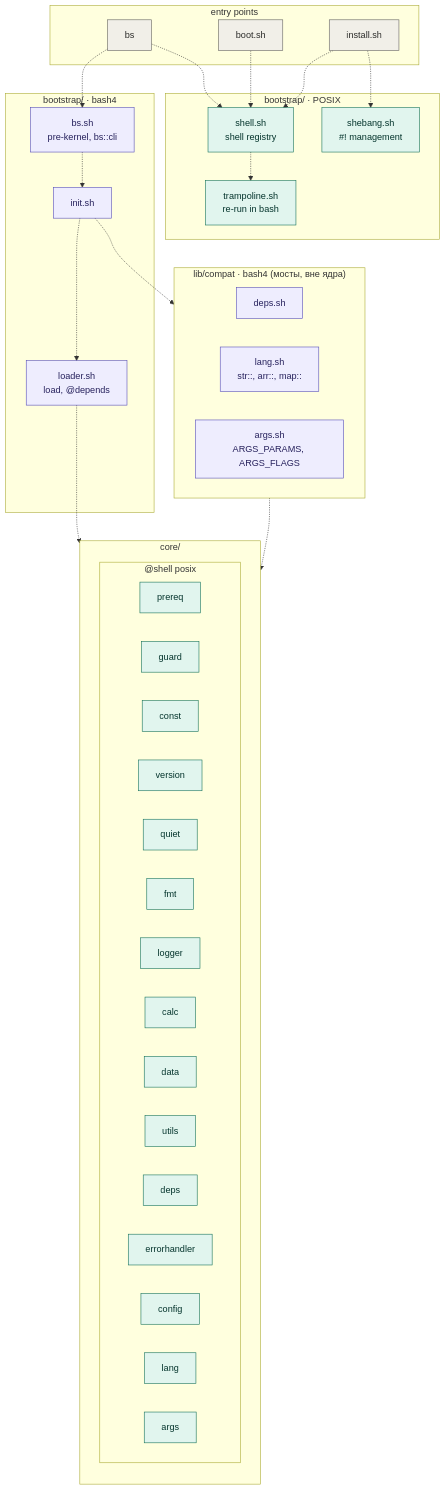
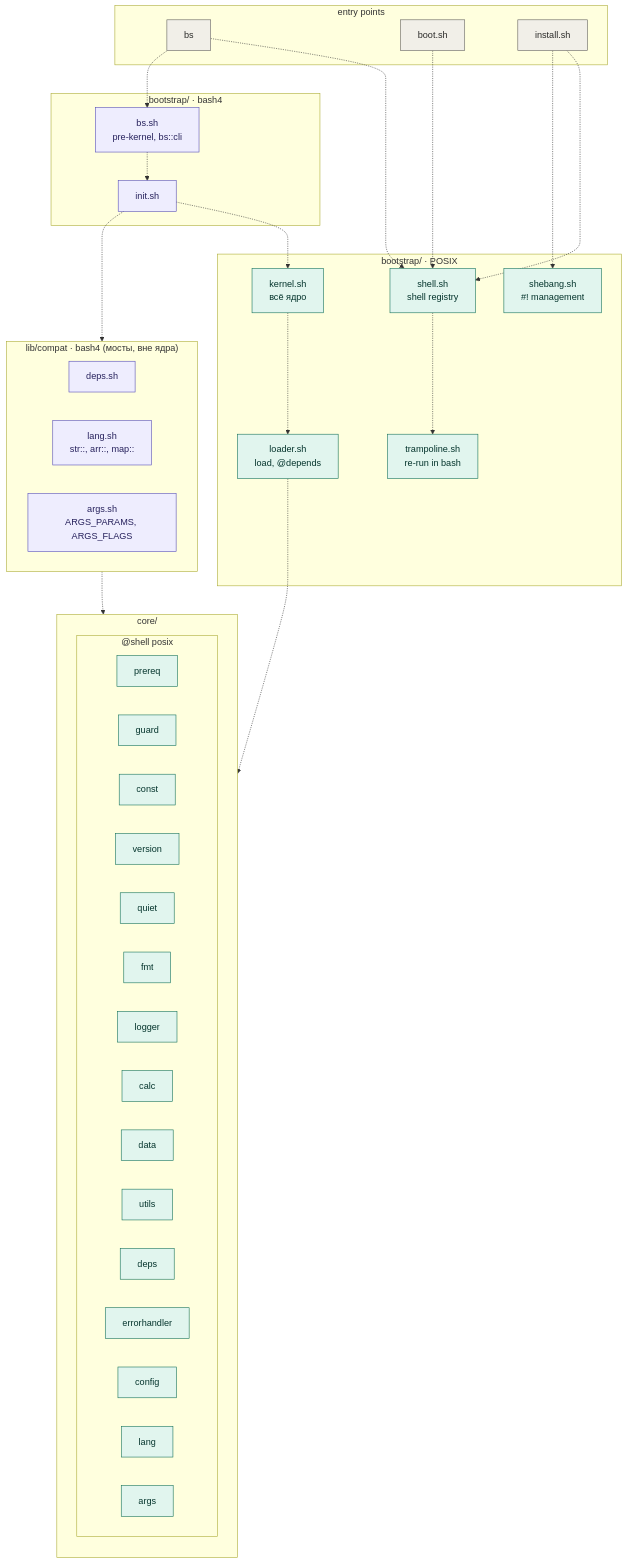
Before and after one commit to Igormm/bs: the first of 7 diagrams in documentation/ru/01-getting-started/README.md, drawn with Mermaid. The commit also changed other lines of this file and 30 other files, not shown here.

Commit message:
refactor(bootstrap): loader — @shell posix (bs_load), новый kernel.sh грузит всё ядро в любой оболочке; init.sh использует kernel.sh

````diff
--- a/documentation/ru/01-getting-started/README.md
+++ b/documentation/ru/01-getting-started/README.md
@@ -160,57 +160,59 @@
 ```mermaid
 flowchart TB
   classDef entry fill:#F1EFE8,stroke:#5F5E5A,color:#2C2C2A
   classDef posix fill:#E1F5EE,stroke:#0F6E56,color:#04342C
   classDef bash4 fill:#EEEDFE,stroke:#534AB7,color:#26215C
   subgraph E["entry points"]
     bs["bs"]:::entry
     boot["boot.sh"]:::entry
     inst["install.sh"]:::entry
   end
   subgraph P["bootstrap/ · POSIX"]
     shell["shell.sh<br/>shell registry"]:::posix
     tramp["trampoline.sh<br/>re-run in bash"]:::posix
     sheb["shebang.sh<br/>#! management"]:::posix
+    loader["loader.sh<br/>load, @depends"]:::posix
+    kern["kernel.sh<br/>всё ядро"]:::posix
   end
   subgraph B["bootstrap/ · bash4"]
     bssh["bs.sh<br/>pre-kernel, bs::cli"]:::bash4
     init["init.sh"]:::bash4
-    loader["loader.sh<br/>load, @depends"]:::bash4
   end
   subgraph C["core/"]
     direction TB
     subgraph CP["@shell posix"]
       prereq:::posix
       guard:::posix
       const:::posix
       version:::posix
       quiet:::posix
       fmt:::posix
       logger:::posix
       calc:::posix
       data:::posix
       utils:::posix
       deps:::posix
       errorhandler:::posix
       config:::posix
       lang:::posix
       args:::posix
     end
   end
   subgraph L["lib/compat · bash4 (мосты, вне ядра)"]
     cdeps["deps.sh"]:::bash4
     clang["lang.sh<br/>str::, arr::, map::"]:::bash4
     cargs["args.sh<br/>ARGS_PARAMS, ARGS_FLAGS"]:::bash4
   end
   bs -.-> shell
   boot -.-> shell
   inst -.-> shell
   shell -.-> tramp
   bs -.-> bssh
   bssh -.-> init
-  init -.-> loader
+  init -.-> kern
+  kern -.-> loader
   loader -.-> CP
   init -.-> L
   L -.-> CP
   inst -.-> sheb
 ```
````
